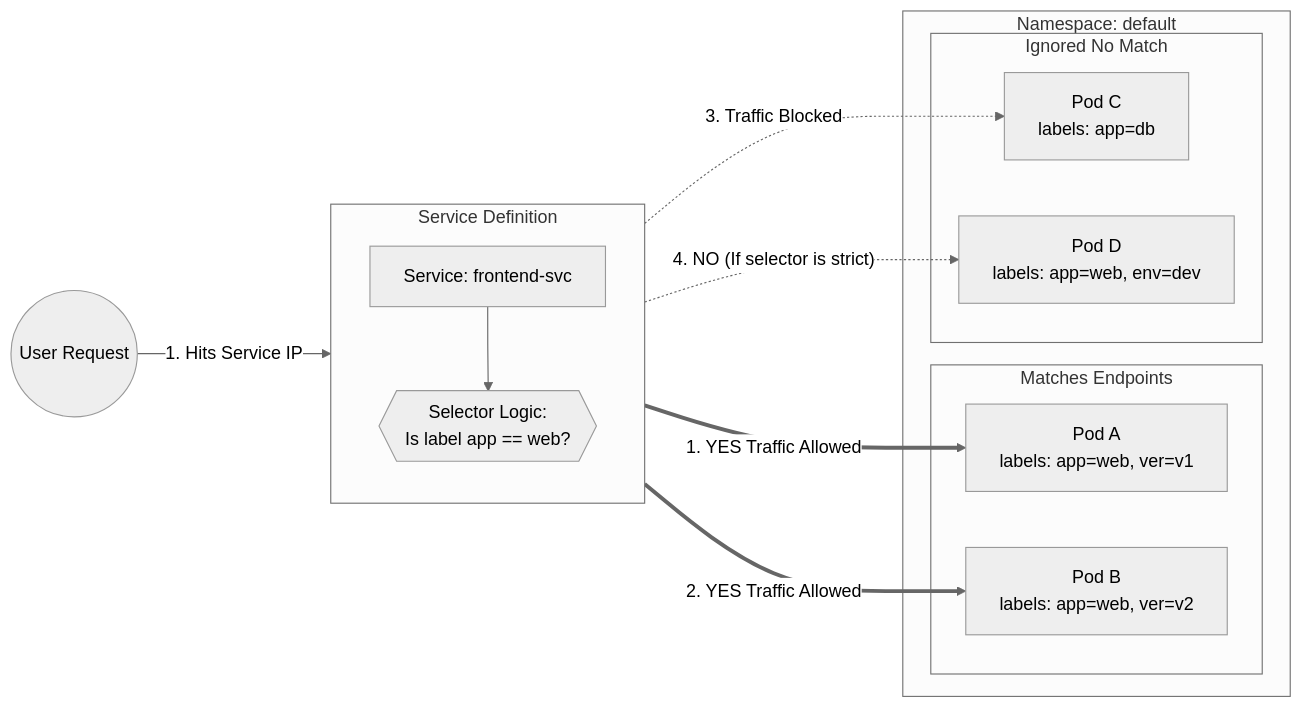
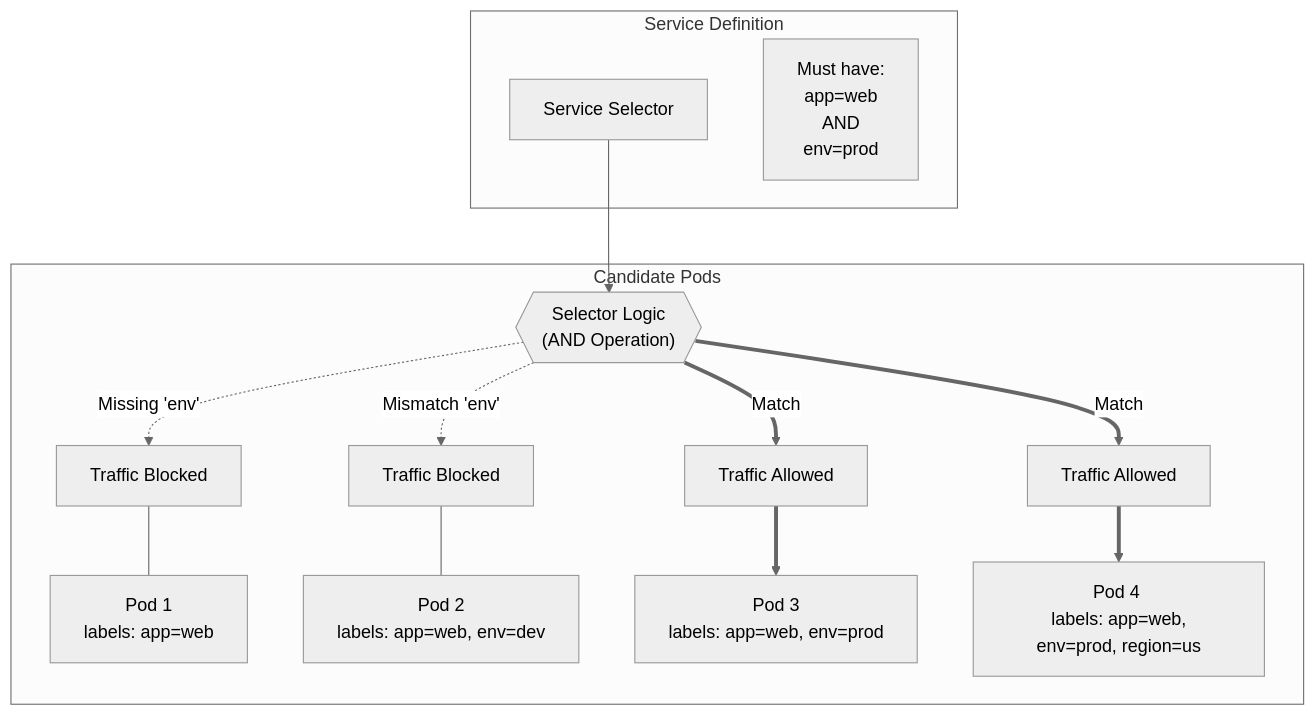
One commit to Aravind-devops-1/devops_ganesh changed the first of 9 diagrams in 04-networking/04.01-Networking_Intro.md. Above: the diagram before and after it, drawn with Mermaid (neutral theme).

````diff
--- a/04-networking/04.01-Networking_Intro.md
+++ b/04-networking/04.01-Networking_Intro.md
@@ -19,38 +19,35 @@
 ```mermaid
-graph LR
-    %% 1. The Request
-    User((User Request)) -- "1. Hits Service IP" --> SVC
-
-    subgraph ServiceLayer [Service Definition]
-        direction TB
-        SVC[Service: frontend-svc]
-        SEL{{"Selector Logic: <br/> Is label app == web?"}}
+graph TD
+    %% 1. The Requirement
+    subgraph ServiceDef [Service Definition]
+        S[Service Selector]
+        Req[Must have: <br/> app=web <br/> AND <br/> env=prod]
     end
 
-    subgraph ClusterNamespace [Namespace: default]
+    %% 2. The Filter
+    S --> Logic{{"Selector Logic <br/> (AND Operation)"}}
+
+    %% 3. The Candidates & Results
+    subgraph Cluster [Candidate Pods]
         
-        %% 2. The Matching Candidates
-        subgraph ValidPods [Matches Endpoints]
-            P1[Pod A <br/> labels: app=web, ver=v1]
-            P2[Pod B <br/> labels: app=web, ver=v2]
-        end
+        %% Case 1: Missing Label
+        P1[Pod 1 <br/> labels: app=web] 
+        Logic -.->|Missing 'env'| Block1[Traffic Blocked]
+        Block1 --- P1
+        
+        %% Case 2: Wrong Value
+        P2[Pod 2 <br/> labels: app=web, env=dev]
+        Logic -.->|Mismatch 'env'| Block2[Traffic Blocked]
+        Block2 --- P2
+        
+        %% Case 3: Exact Match
+        P3[Pod 3 <br/> labels: app=web, env=prod]
+        Logic ==>|Match| Allow1[Traffic Allowed]
+        Allow1 ==> P3
 
-        %% 3. The Non-Matching Candidates
-        subgraph InvalidPods [Ignored No Match]
-            P3[Pod C <br/> labels: app=db]
-            P4[Pod D <br/> labels: app=web, env=dev] 
-        end
+        %% Case 4: Superset Match
+        P4[Pod 4 <br/> labels: app=web, env=prod, region=us]
+        Logic ==>|Match| Allow2[Traffic Allowed]
+        Allow2 ==> P4
     end
-
-    %% Logic Flow
-    SVC --> SEL
-    
-    %% The "Watch Loop"
-    SEL == "1. YES Traffic Allowed" ==> P1
-    SEL == "2. YES Traffic Allowed" ==> P2
-    
-    SEL -.->|3. Traffic Blocked| P3
-    
-    %% Note on Partial Matches (Advanced Concept)
-    SEL -.->|"4. NO (If selector is strict)"| P4
 ```
````
